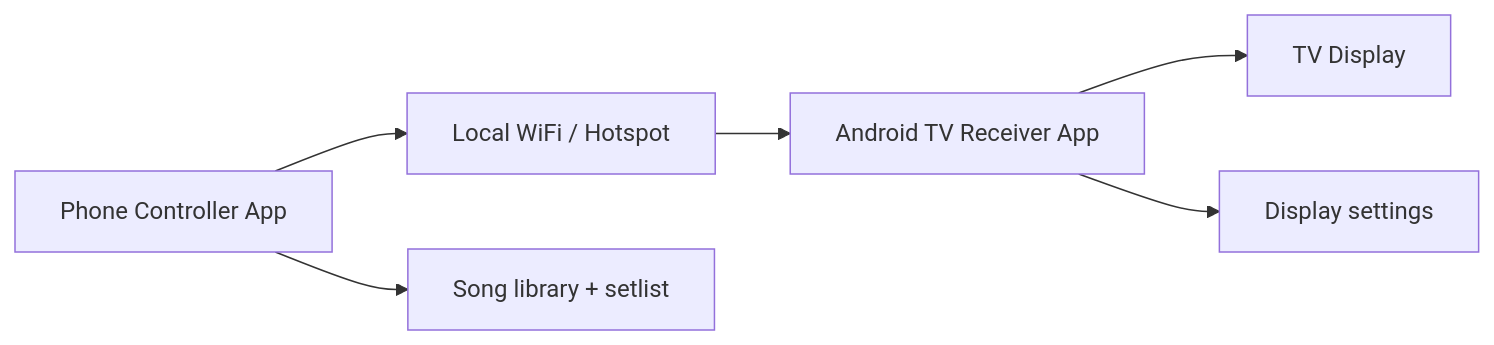
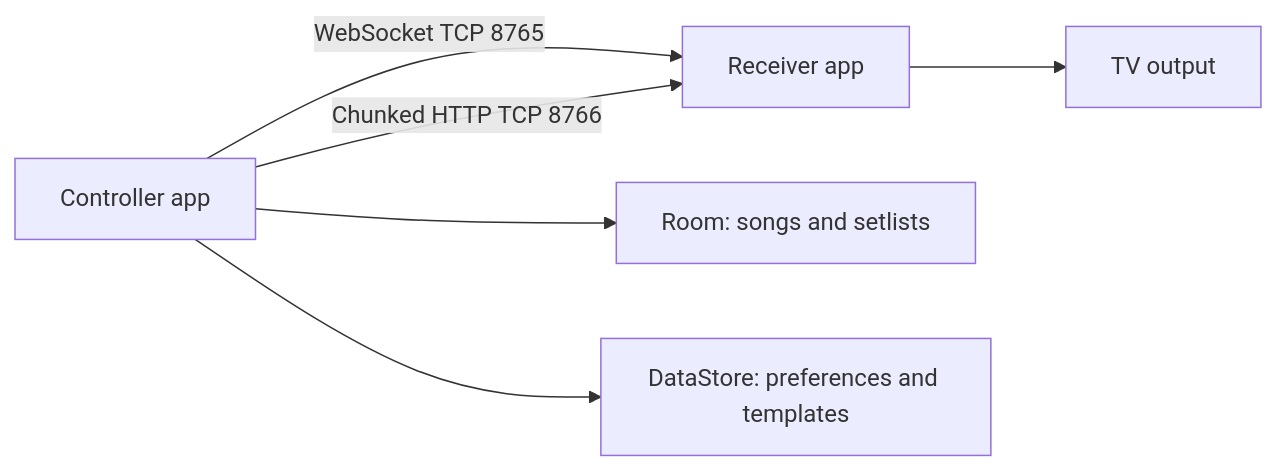
The second of 2 diagrams in PROJECT_PLAN.md (kratostheslayerofgod-cell/LyricsPresenter), drawn with Mermaid before and after one commit. The commit also changed other lines of this file and 29 other files, not shown here.

````diff
--- a/PROJECT_PLAN.md
+++ b/PROJECT_PLAN.md
@@ -24,8 +82,8 @@
 ```mermaid
 flowchart LR
-    A[Phone Controller App] --> B[Local WiFi / Hotspot]
-    B --> C[Android TV Receiver App]
-    C --> D[TV Display]
-    A --> E[Song library + setlist]
-    C --> F[Display settings]
+    C[Controller app] -->|WebSocket TCP 8765| R[Receiver app]
+    C -->|Chunked HTTP TCP 8766| R
+    R --> T[TV output]
+    C --> DB[Room: songs and setlists]
+    C --> DS[DataStore: preferences and templates]
 ```
````
